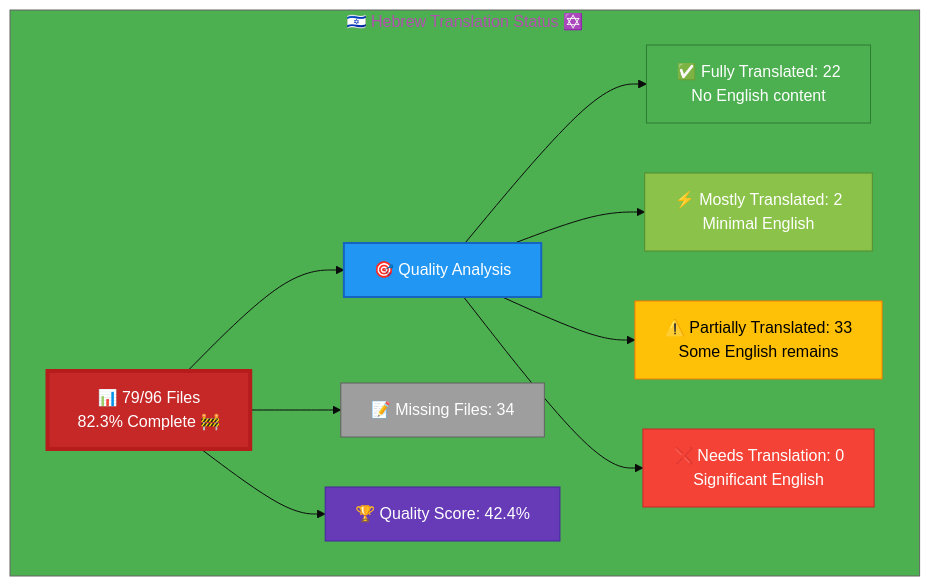
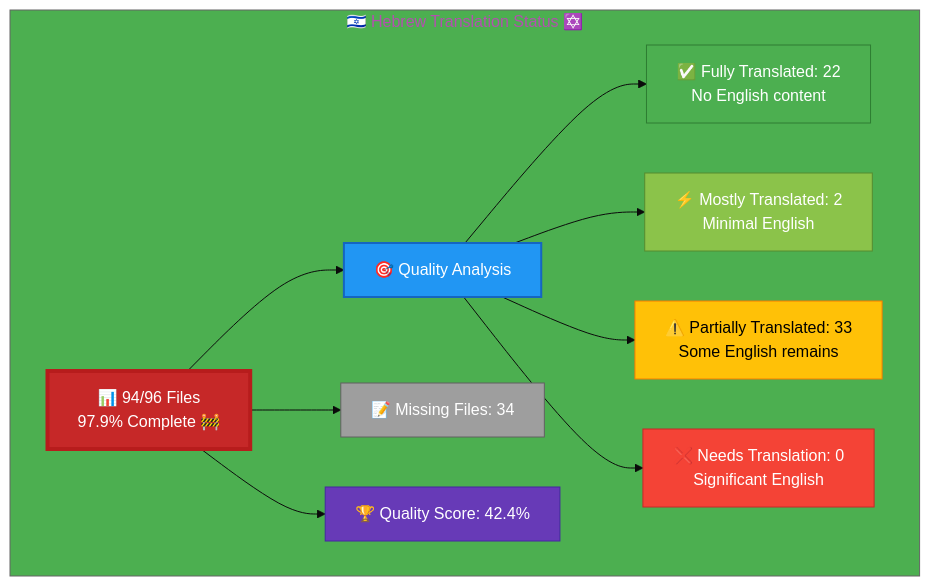
One commit to Hack23/homepage changed the diagram in Hebrew-Translation-Status.md. Above: the diagram before and after it, drawn with Mermaid. The commit also changed other lines of this file, not shown here.

Commit message:
Update documentation - Phase 2 COMPLETE! 94/96 files (97.9%), ALL 43 Discordian ISMS policies in Hebrew

````diff
--- a/Hebrew-Translation-Status.md
+++ b/Hebrew-Translation-Status.md
@@ -13,26 +13,26 @@
 ```mermaid
 %%{init: {'theme':'base', 'themeVariables': {'primaryColor':'#C62828','secondaryColor':'#2196F3','tertiaryColor':'#4CAF50','fontSize':'16px'}}}%%
 graph TB
     subgraph "🇮🇱 Hebrew Translation Status ✡️"
-        A["📊 79/96 Files<br/>82.3% Complete 🚧"]
+        A["📊 94/96 Files<br/>97.9% Complete 🚧"]
         
         A --> B["🎯 Quality Analysis"]
         B --> C["✅ Fully Translated: 22<br/>No English content"]
         B --> D["⚡ Mostly Translated: 2<br/>Minimal English"]
         B --> E["⚠️  Partially Translated: 33<br/>Some English remains"]
         B --> F["❌ Needs Translation: 0<br/>Significant English"]
         
         A --> G["📝 Missing Files: 34"]
         
         A --> H["🏆 Quality Score: 42.4%"]
         
         style A fill:#C62828,stroke:#B71C1C,color:#fff,stroke-width:4px
         style B fill:#2196F3,stroke:#1565C0,color:#fff,stroke-width:2px
         style C fill:#4CAF50,stroke:#2E7D32,color:#fff
         style D fill:#8BC34A,stroke:#558B2F,color:#fff
         style E fill:#FFC107,stroke:#F57C00,color:#000
         style F fill:#F44336,stroke:#C62828,color:#fff
         style G fill:#9E9E9E,stroke:#616161,color:#fff
         style H fill:#673AB7,stroke:#4527A0,color:#fff
     end
 ```
````
